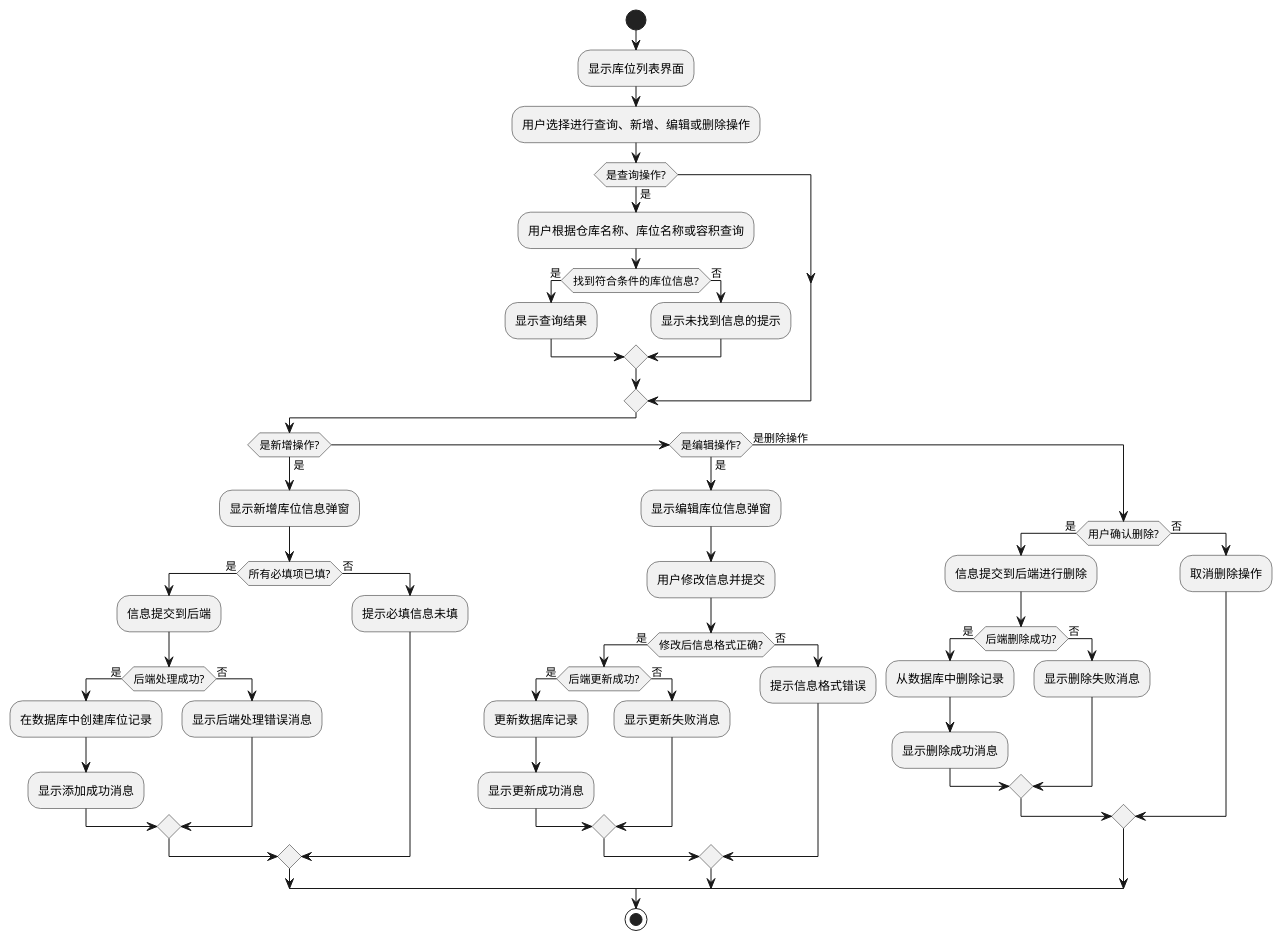
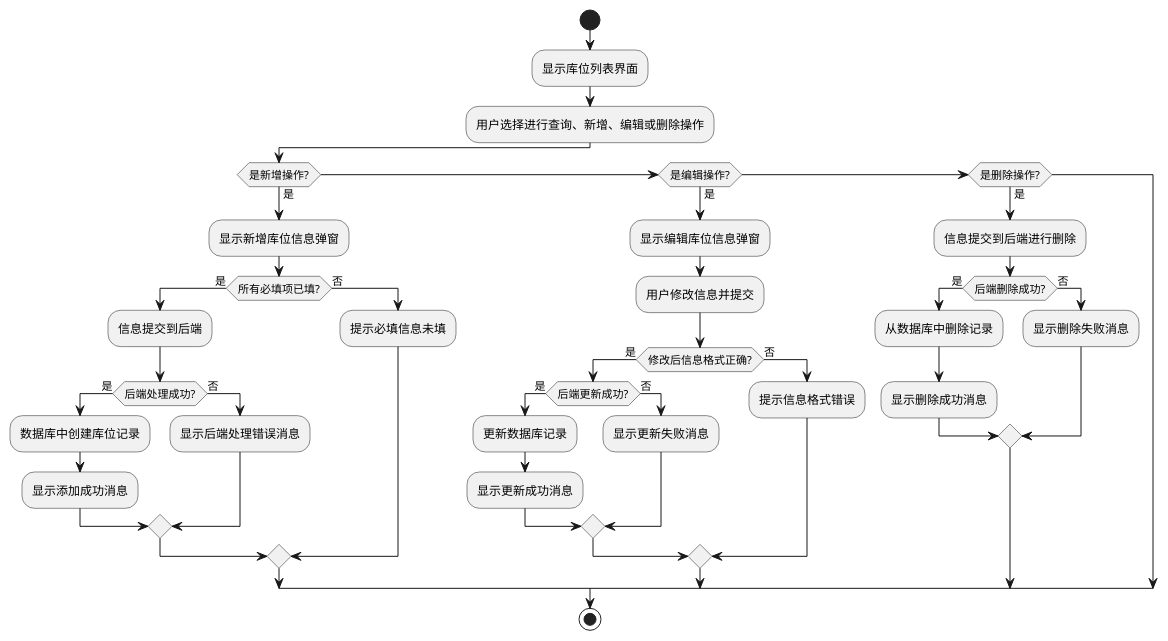
One commit to liyijia220/kuaidi changed the diagram in 图/库位管理流程图.puml. Above: the diagram before and after it, drawn with PlantUML. The commit also changed 7 other files, not shown here.

```diff
--- a/图/库位管理流程图.puml
+++ b/图/库位管理流程图.puml
@@ -1,58 +1,44 @@
 @startuml
 start
 :显示库位列表界面;
 
 :用户选择进行查询、新增、编辑或删除操作;
 
-if (是查询操作?) then (是)
-  :用户根据仓库名称、库位名称或容积查询;
-  if (找到符合条件的库位信息?) then (是)
-    :显示查询结果;
-  else (否)
-    :显示未找到信息的提示;
-  endif
-else
-endif
-
 if (是新增操作?) then (是)
   :显示新增库位信息弹窗;
   if (所有必填项已填?) then (是)
     :信息提交到后端;
     if (后端处理成功?) then (是)
-      :在数据库中创建库位记录;
+      :数据库中创建库位记录;
       :显示添加成功消息;
     else (否)
       :显示后端处理错误消息;
     endif
   else (否)
     :提示必填信息未填;
   endif
 else if (是编辑操作?) then (是)
   :显示编辑库位信息弹窗;
   :用户修改信息并提交;
   if (修改后信息格式正确?) then (是)
     if (后端更新成功?) then (是)
       :更新数据库记录;
       :显示更新成功消息;
     else (否)
       :显示更新失败消息;
     endif
   else (否)
     :提示信息格式错误;
   endif
-else (是删除操作)
-  if (用户确认删除?) then (是)
-    :信息提交到后端进行删除;
-    if (后端删除成功?) then (是)
-      :从数据库中删除记录;
-      :显示删除成功消息;
-    else (否)
-      :显示删除失败消息;
-    endif
+else if (是删除操作?) then (是)
+  :信息提交到后端进行删除;
+  if (后端删除成功?) then (是)
+    :从数据库中删除记录;
+    :显示删除成功消息;
   else (否)
-    :取消删除操作;
+    :显示删除失败消息;
   endif
 endif
 
 stop
 @enduml
```
